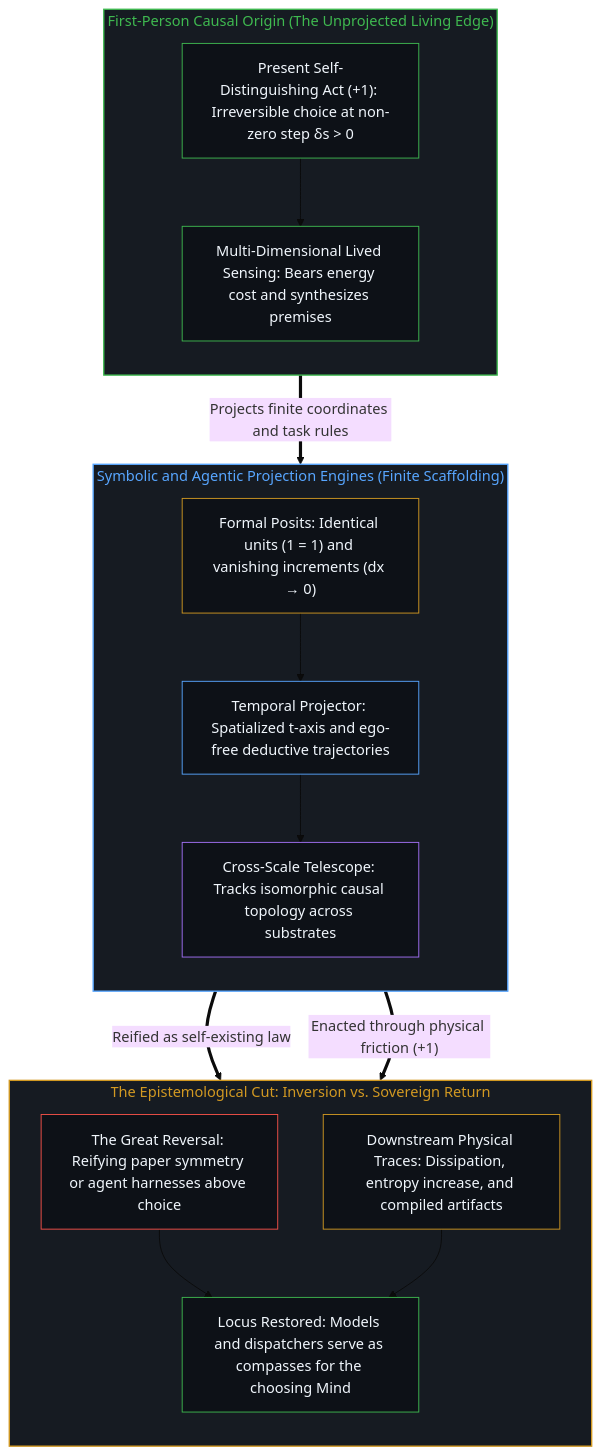
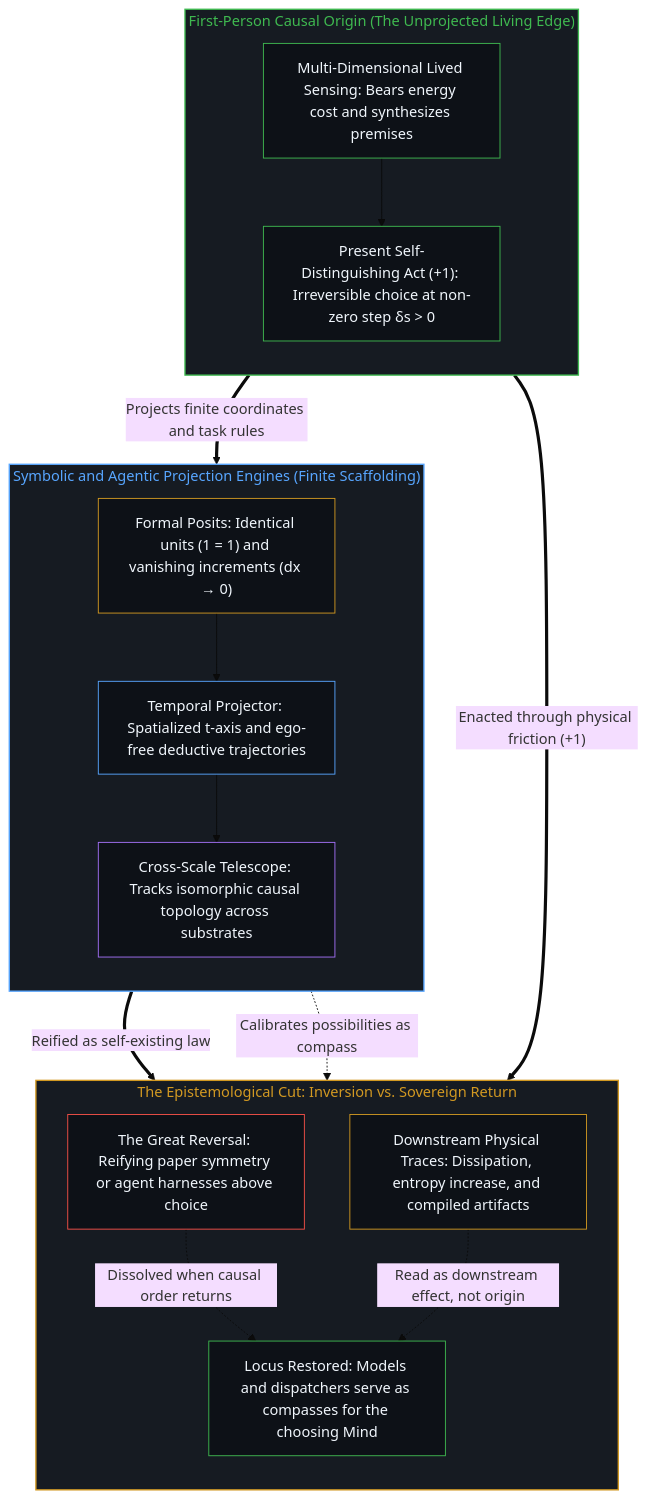
The second of 2 diagrams in content/posts/the-illusion-of-the-tool-and-the-inversion-of-time.md (powerpig99/not-a-toe), drawn with Mermaid (base theme) before and after one commit. The commit also changed other lines of this file and 4 other files, not shown here.

````diff
--- a/content/posts/the-illusion-of-the-tool-and-the-inversion-of-time.md
+++ b/content/posts/the-illusion-of-the-tool-and-the-inversion-of-time.md
@@ -96,38 +97,39 @@
 ```mermaid
 flowchart TD
     subgraph S_Origin["First-Person Causal Origin (The Unprojected Living Edge)"]
         direction TB
+        Intent["Multi-Dimensional Lived Sensing: Bears energy cost and synthesizes premises"]
         Act["Present Self-Distinguishing Act (+1): Irreversible choice at non-zero step δs > 0"]
-        Intent["Multi-Dimensional Lived Sensing: Bears energy cost and synthesizes premises"]
-        Act --> Intent
+        Intent --> Act
     end
     subgraph S_Project["Symbolic and Agentic Projection Engines (Finite Scaffolding)"]
         direction TB
         Posits["Formal Posits: Identical units (1 = 1) and vanishing increments (dx → 0)"]
         Axis["Temporal Projector: Spatialized t-axis and ego-free deductive trajectories"]
         Scale["Cross-Scale Telescope: Tracks isomorphic causal topology across substrates"]
         Posits --> Axis --> Scale
     end
     subgraph S_Boundary["The Epistemological Cut: Inversion vs. Sovereign Return"]
         direction TB
         Invert["The Great Reversal: Reifying paper symmetry or agent harnesses above choice"]
         Symptom["Downstream Physical Traces: Dissipation, entropy increase, and compiled artifacts"]
         Restore["Locus Restored: Models and dispatchers serve as compasses for the choosing Mind"]
-        Invert --> Restore
-        Symptom --> Restore
+        Invert -.->|"Dissolved when causal order returns"| Restore
+        Symptom -.->|"Read as downstream effect, not origin"| Restore
     end
     Intent ==>|"Projects finite coordinates and task rules"| Posits
     Scale ==>|"Reified as self-existing law"| Invert
-    Scale ==>|"Enacted through physical friction (+1)"| Symptom
+    Act ==>|"Enacted through physical friction (+1)"| Symptom
+    Scale -.->|"Calibrates possibilities as compass"| Restore
     style S_Origin fill:#161b22,stroke:#3fb950,stroke-width:1.5px,color:#3fb950
     style S_Project fill:#161b22,stroke:#58a6ff,stroke-width:1.5px,color:#58a6ff
     style S_Boundary fill:#161b22,stroke:#d29922,stroke-width:1.5px,color:#d29922
     style Act fill:#0d1117,stroke:#3fb950,stroke-width:1px,color:#f0f6fc
     style Intent fill:#0d1117,stroke:#3fb950,stroke-width:1px,color:#f0f6fc
     style Posits fill:#0d1117,stroke:#d29922,stroke-width:1px,color:#f0f6fc
     style Axis fill:#0d1117,stroke:#58a6ff,stroke-width:1px,color:#f0f6fc
     style Scale fill:#0d1117,stroke:#a371f7,stroke-width:1px,color:#f0f6fc
     style Invert fill:#0d1117,stroke:#f85149,stroke-width:1px,color:#f0f6fc
     style Symptom fill:#0d1117,stroke:#d29922,stroke-width:1px,color:#f0f6fc
     style Restore fill:#0d1117,stroke:#3fb950,stroke-width:1px,color:#f0f6fc
 ```
````
